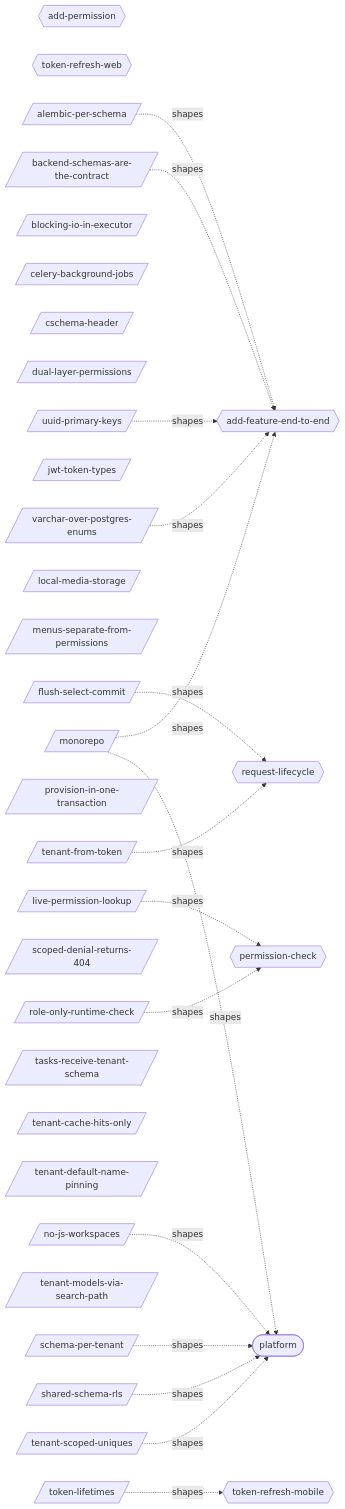
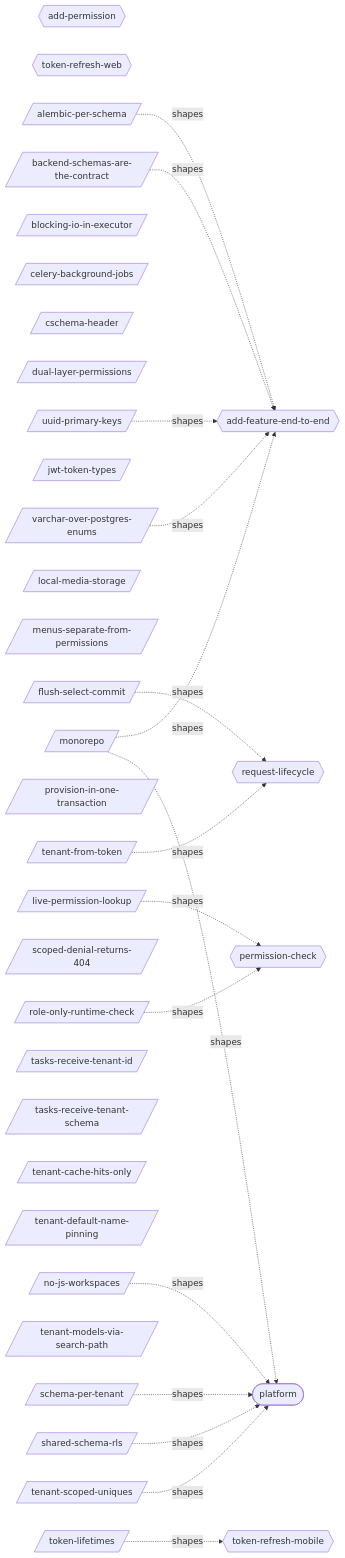
One commit to nerellasraj21/cos360_full_app changed the first of 7 diagrams in docs/graph/views/platform.md. Above: the diagram before and after it, drawn with Mermaid. The commit also changed other lines of this file and 96 other files, not shown here.

First line of the commit message:
Convert Celery tasks and remaining per-schema code to tenant ids

````diff
--- a/docs/graph/views/platform.md
+++ b/docs/graph/views/platform.md
@@ -9,52 +9,53 @@
 ```mermaid
 graph LR
   n0(["platform"])
   n1{{"add-feature-end-to-end"}}
   n2{{"add-permission"}}
   n3{{"permission-check"}}
   n4{{"request-lifecycle"}}
   n5{{"token-refresh-mobile"}}
   n6{{"token-refresh-web"}}
   n7[/"alembic-per-schema"/]
   n7 -.->|shapes| n1
   n8[/"backend-schemas-are-the-contract"/]
   n8 -.->|shapes| n1
   n9[/"blocking-io-in-executor"/]
   n10[/"celery-background-jobs"/]
   n11[/"cschema-header"/]
   n12[/"dual-layer-permissions"/]
   n13[/"flush-select-commit"/]
   n13 -.->|shapes| n4
   n14[/"jwt-token-types"/]
   n15[/"live-permission-lookup"/]
   n15 -.->|shapes| n3
   n16[/"local-media-storage"/]
   n17[/"menus-separate-from-permissions"/]
   n18[/"monorepo"/]
   n18 -.->|shapes| n1
   n18 -.->|shapes| n0
   n19[/"no-js-workspaces"/]
   n19 -.->|shapes| n0
   n20[/"provision-in-one-transaction"/]
   n21[/"role-only-runtime-check"/]
   n21 -.->|shapes| n3
   n22[/"schema-per-tenant"/]
   n22 -.->|shapes| n0
   n23[/"scoped-denial-returns-404"/]
   n24[/"shared-schema-rls"/]
   n24 -.->|shapes| n0
-  n25[/"tasks-receive-tenant-schema"/]
-  n26[/"tenant-cache-hits-only"/]
-  n27[/"tenant-default-name-pinning"/]
-  n28[/"tenant-from-token"/]
-  n28 -.->|shapes| n4
-  n29[/"tenant-models-via-search-path"/]
-  n30[/"tenant-scoped-uniques"/]
-  n30 -.->|shapes| n0
-  n31[/"token-lifetimes"/]
-  n31 -.->|shapes| n5
-  n32[/"uuid-primary-keys"/]
-  n32 -.->|shapes| n1
-  n33[/"varchar-over-postgres-enums"/]
+  n25[/"tasks-receive-tenant-id"/]
+  n26[/"tasks-receive-tenant-schema"/]
+  n27[/"tenant-cache-hits-only"/]
+  n28[/"tenant-default-name-pinning"/]
+  n29[/"tenant-from-token"/]
+  n29 -.->|shapes| n4
+  n30[/"tenant-models-via-search-path"/]
+  n31[/"tenant-scoped-uniques"/]
+  n31 -.->|shapes| n0
+  n32[/"token-lifetimes"/]
+  n32 -.->|shapes| n5
+  n33[/"uuid-primary-keys"/]
   n33 -.->|shapes| n1
+  n34[/"varchar-over-postgres-enums"/]
+  n34 -.->|shapes| n1
 ```
````
